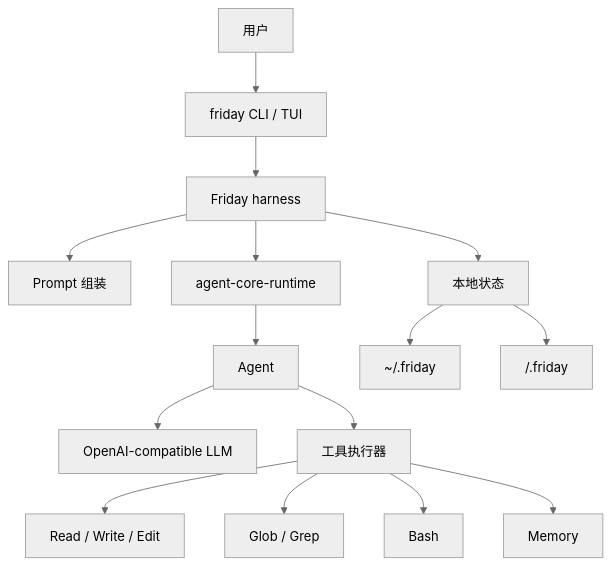
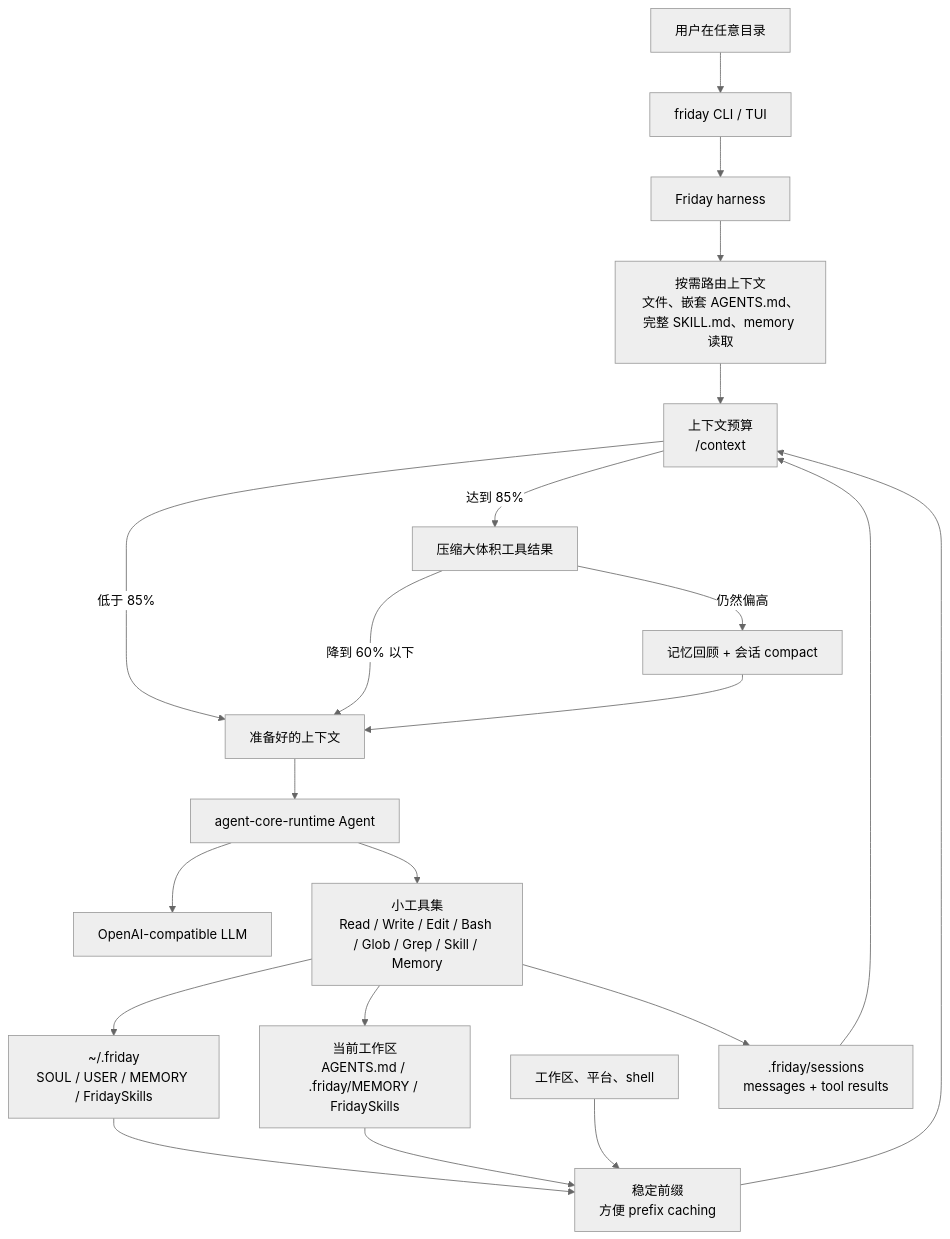
One commit to Lancetwang/friday changed the diagram in README.zh-CN.md. Above: the diagram before and after it, drawn with Mermaid (neutral theme). The commit also changed 1 other file, not shown here.

Commit message:
Redraw README architecture diagram

````diff
--- a/README.zh-CN.md
+++ b/README.zh-CN.md
@@ -28,17 +28,27 @@
 ```mermaid
 flowchart TD
-    User["用户"] --> CLI["friday CLI / TUI"]
+    User["用户在任意目录"] --> CLI["friday CLI / TUI"]
     CLI --> Harness["Friday harness"]
-    Harness --> Prompt["Prompt 组装"]
-    Harness --> State["本地状态"]
-    Harness --> Runtime["agent-core-runtime"]
-    Runtime --> Agent["Agent"]
-    Agent --> LLM["OpenAI-compatible LLM"]
-    Agent --> Tools["工具执行器"]
-    Tools --> Files["Read / Write / Edit"]
-    Tools --> Search["Glob / Grep"]
-    Tools --> Shell["Bash"]
-    Tools --> Memory["Memory"]
-    State --> Home["~/.friday"]
-    State --> Project["<workspace>/.friday"]
+
+    Home["~/.friday<br/>SOUL / USER / MEMORY / FridaySkills"] --> Prefix["稳定前缀<br/>方便 prefix caching"]
+    Project["当前工作区<br/>AGENTS.md / .friday/MEMORY / FridaySkills"] --> Prefix
+    Env["工作区、平台、shell"] --> Prefix
+    Prefix --> Budget["上下文预算<br/>/context"]
+
+    Harness --> Routed["按需路由上下文<br/>文件、嵌套 AGENTS.md、完整 SKILL.md、memory 读取"]
+    Routed --> Budget
+    Session[".friday/sessions<br/>messages + tool results"] --> Budget
+
+    Budget -->|"低于 85%"| Ready["准备好的上下文"]
+    Budget -->|"达到 85%"| ToolCompact["压缩大体积工具结果"]
+    ToolCompact -->|"降到 60% 以下"| Ready
+    ToolCompact -->|"仍然偏高"| LLMCompact["记忆回顾 + 会话 compact"]
+    LLMCompact --> Ready
+
+    Ready --> Runtime["agent-core-runtime Agent"]
+    Runtime --> LLM["OpenAI-compatible LLM"]
+    Runtime --> Tools["小工具集<br/>Read / Write / Edit / Bash / Glob / Grep / Skill / Memory"]
+    Tools --> Session
+    Tools --> Home
+    Tools --> Project
 ```
````
